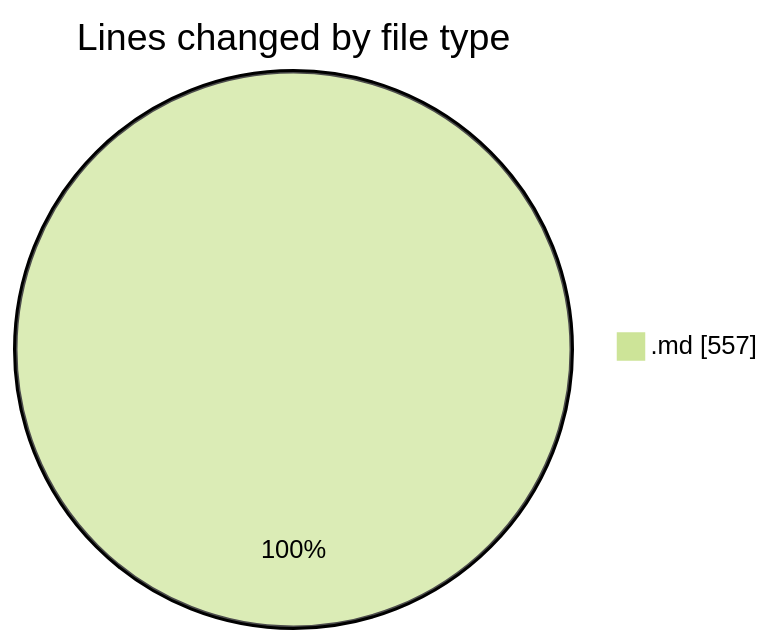
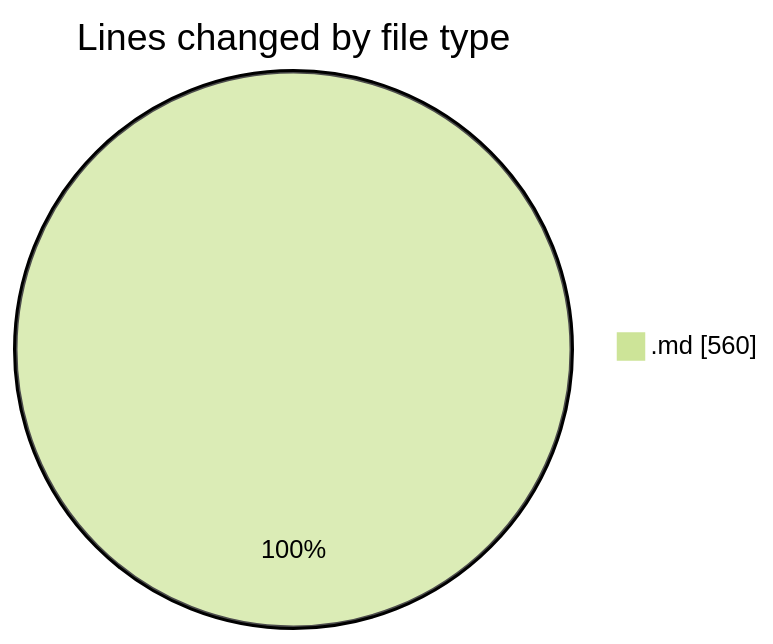
Before and after one commit to Ritupan-Deka/code-tracking: the first of 2 diagrams in 2025-07-14/urlwebwala_intership_work/README.md, drawn with Mermaid (forest theme). The commit also changed other lines of this file and 1 other file, not shown here.

````diff
--- a/2025-07-14/urlwebwala_intership_work/README.md
+++ b/2025-07-14/urlwebwala_intership_work/README.md
@@ -20,5 +20,5 @@
 ```mermaid
 pie showData
 title Lines changed by file type
-".md" : 557
+".md" : 560
 ```
````
